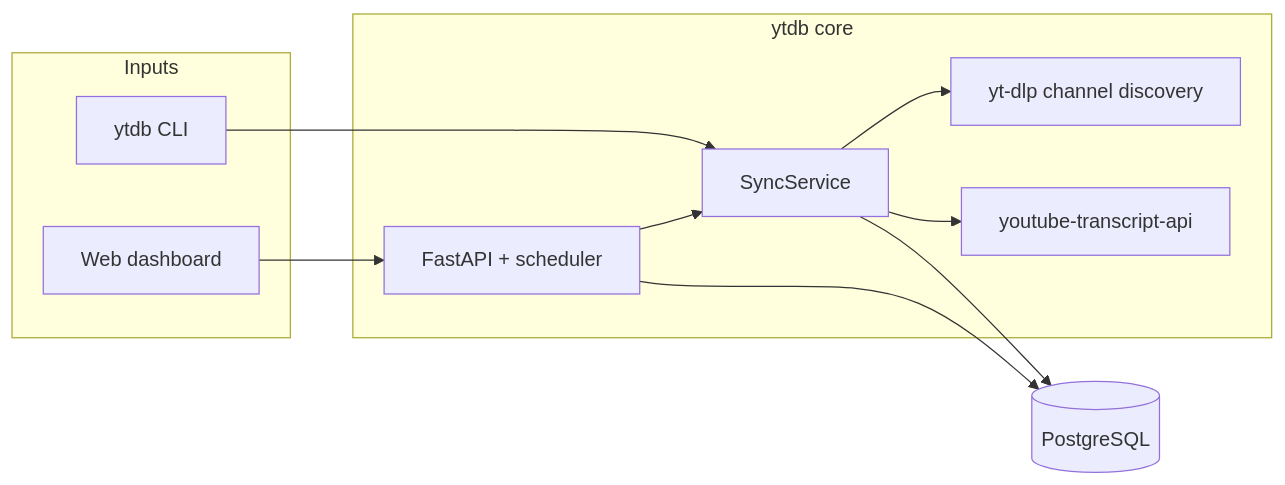
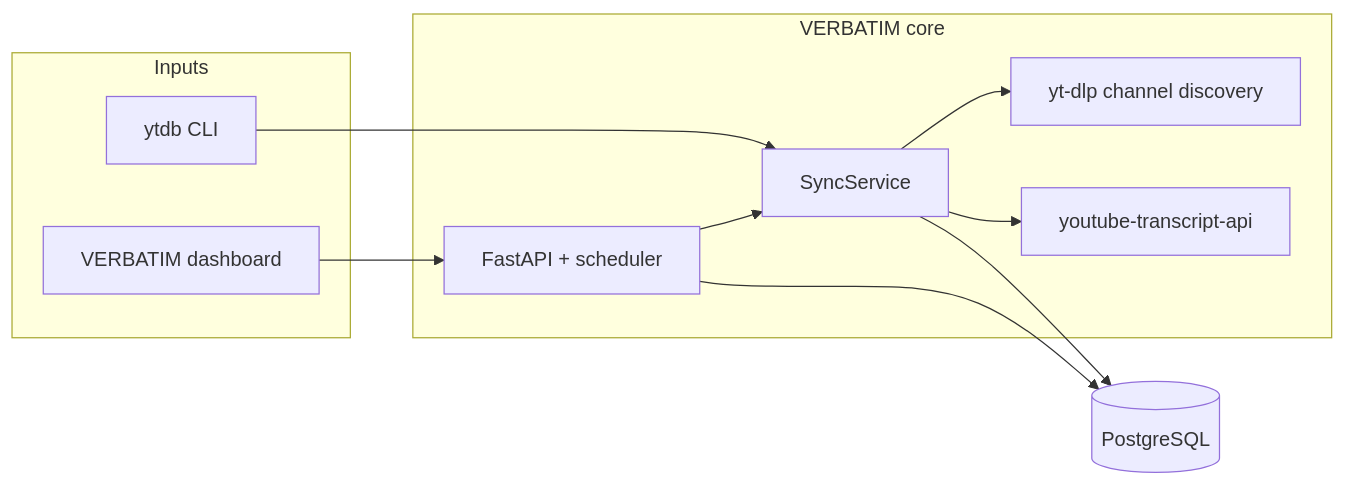
One commit to MitchelTurner/VERBATIM changed the diagram in README.md. Above: the diagram before and after it, drawn with Mermaid. The commit also changed other lines of this file and 12 other files, not shown here.

````diff
--- a/README.md
+++ b/README.md
@@ -21,23 +21,23 @@
 ```mermaid
 flowchart LR
     subgraph inputs [Inputs]
         CLI[ytdb CLI]
-        UI[Web dashboard]
+        UI[VERBATIM dashboard]
     end
 
-    subgraph core [ytdb core]
+    subgraph core [VERBATIM core]
         API[FastAPI + scheduler]
         Sync[SyncService]
         YTDLP[yt-dlp channel discovery]
         YTT[youtube-transcript-api]
     end
 
     DB[(PostgreSQL)]
 
     CLI --> Sync
     UI --> API --> Sync
     Sync --> YTDLP
     Sync --> YTT
     Sync --> DB
     API --> DB
 ```
````
